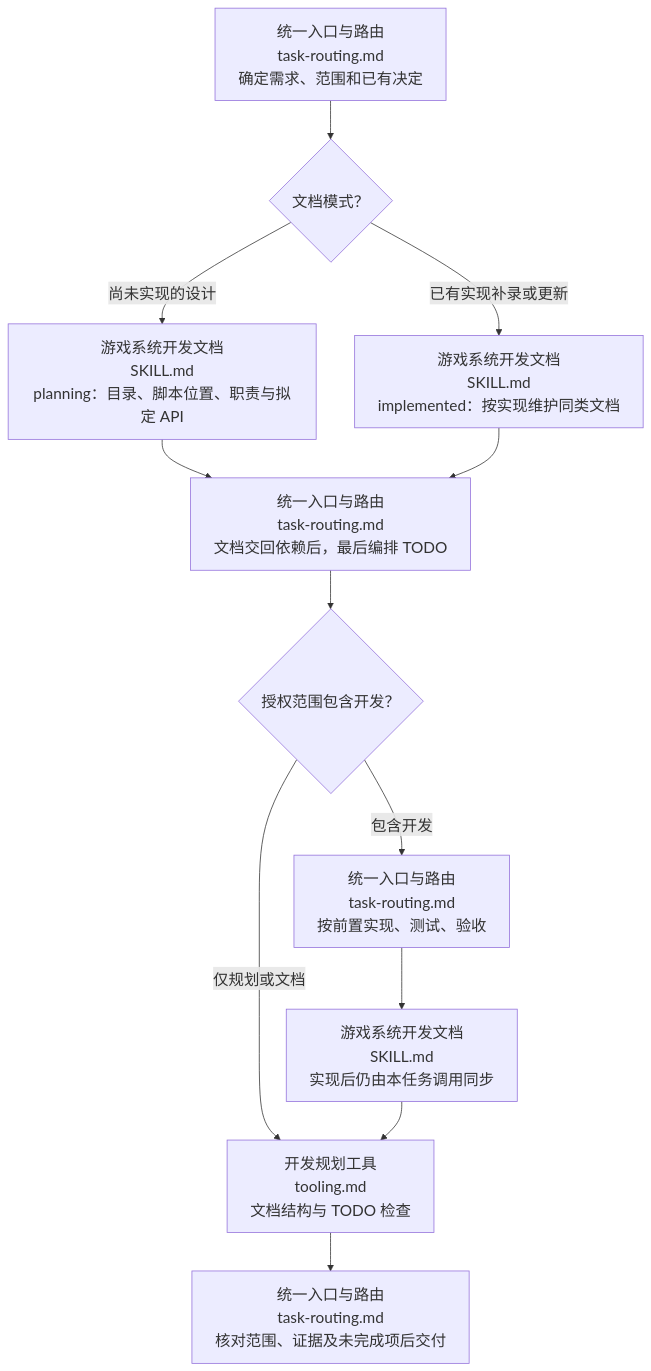
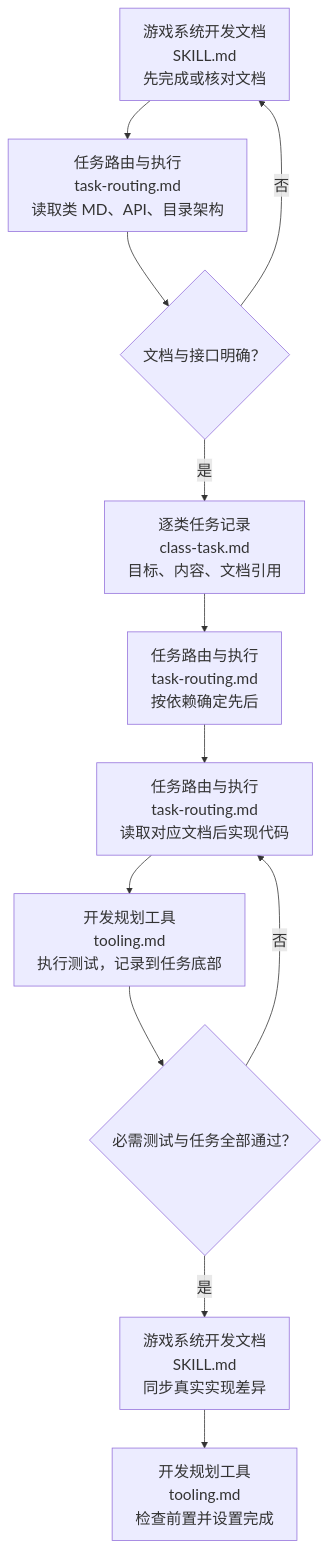
Before and after one commit to 229196637/game-development-skills: the diagram in game-system-development-planning/SKILL.md, drawn with Mermaid. The commit also changed other lines of this file and 39 other files, not shown here.

````diff
--- a/game-system-development-planning/SKILL.md
+++ b/game-system-development-planning/SKILL.md
@@ -13,23 +14,23 @@
 ```mermaid
-%%{init: {"themeVariables": {"fontSize": "20px"}, "flowchart": {"wrappingWidth": 340}}}%%
+%%{init: {"themeVariables": {"fontSize": "20px"}, "flowchart": {"wrappingWidth": 360}}}%%
 flowchart TD
-  Task["统一入口与路由<br/>task-routing.md<br/>确定需求、范围和已有决定"] --> Mode{"文档模式？"}
-  Mode -->|尚未实现的设计| Planned["游戏系统开发文档<br/>SKILL.md<br/>planning：目录、脚本位置、职责与拟定 API"]
-  Mode -->|已有实现补录或更新| Actual["游戏系统开发文档<br/>SKILL.md<br/>implemented：按实现维护同类文档"]
-  Planned --> Todo["统一入口与路由<br/>task-routing.md<br/>文档交回依赖后，最后编排 TODO"]
-  Actual --> Todo
-  Todo --> Scope{"授权范围包含开发？"}
-  Scope -->|仅规划或文档| Check["开发规划工具<br/>tooling.md<br/>文档结构与 TODO 检查"]
-  Scope -->|包含开发| Work["统一入口与路由<br/>task-routing.md<br/>按前置实现、测试、验收"]
-  Work --> Sync["游戏系统开发文档<br/>SKILL.md<br/>实现后仍由本任务调用同步"]
-  Sync --> Check
-  Check --> Done["统一入口与路由<br/>task-routing.md<br/>核对范围、证据及未完成项后交付"]
-  click Task "references/workflows/task-routing.md"
-  click Planned "../game-system-development-documentation/SKILL.md"
-  click Actual "../game-system-development-documentation/SKILL.md"
-  click Todo "references/workflows/task-routing.md"
-  click Check "references/tooling.md"
-  click Work "references/workflows/task-routing.md"
+  Docs["游戏系统开发文档<br/>SKILL.md<br/>先完成或核对文档"] --> Read["任务路由与执行<br/>task-routing.md<br/>读取类 MD、API、目录架构"]
+  Read --> Ready{"文档与接口明确？"}
+  Ready -->|否| Docs
+  Ready -->|是| Task["逐类任务记录<br/>class-task.md<br/>目标、内容、文档引用"]
+  Task --> Order["任务路由与执行<br/>task-routing.md<br/>按依赖确定先后"]
+  Order --> Code["任务路由与执行<br/>task-routing.md<br/>读取对应文档后实现代码"]
+  Code --> Test["开发规划工具<br/>tooling.md<br/>执行测试，记录到任务底部"]
+  Test --> Pass{"必需测试与任务全部通过？"}
+  Pass -->|否| Code
+  Pass -->|是| Sync["游戏系统开发文档<br/>SKILL.md<br/>同步真实实现差异"]
+  Sync --> Done["开发规划工具<br/>tooling.md<br/>检查前置并设置完成"]
+  click Docs "../game-system-development-documentation/SKILL.md"
+  click Read "references/workflows/task-routing.md"
+  click Task "references/contracts/class-task.md"
+  click Order "references/workflows/task-routing.md"
+  click Code "references/workflows/task-routing.md"
+  click Test "references/tooling.md"
   click Sync "../game-system-development-documentation/SKILL.md"
-  click Done "references/workflows/task-routing.md"
+  click Done "references/tooling.md"
 ```
````
